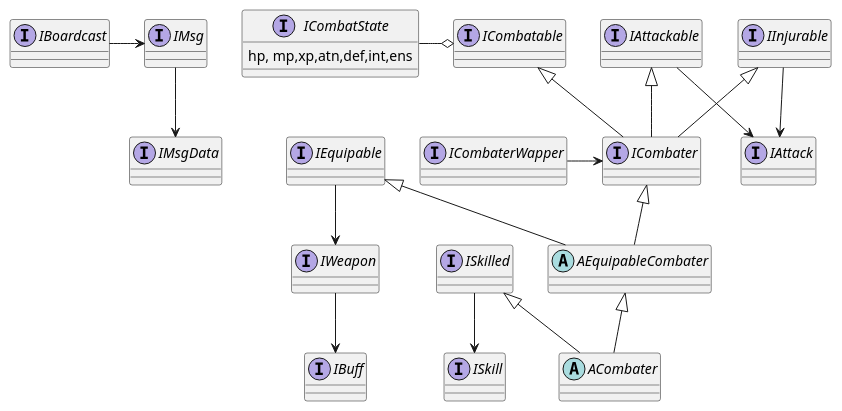
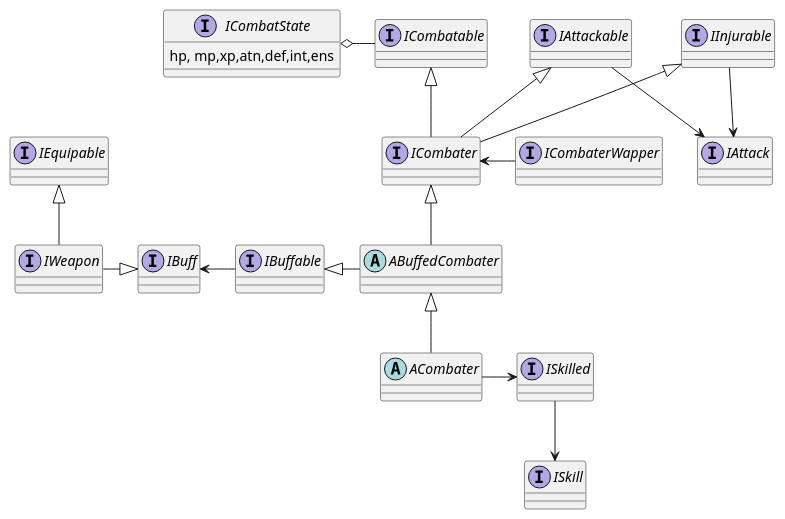
The third of 3 diagrams in org/roam/unity_feat-2024-09-11.org (lyt0628/emacs.d), drawn with PlantUML before and after one commit. The commit also changed other lines of this file and 31 other files, not shown here.

```diff
--- a/org/roam/unity_feat-2024-09-11.org
+++ b/org/roam/unity_feat-2024-09-11.org
@@ -11,52 +50,46 @@
 #+BEGIN_SRC plantuml :file ../tmp/puml-9eea5c8e-6ff8-11ef-a781-04421a00482f.png
 @startuml
-
-interface "IBoardcast" as bc
-interface "IMsg" as msg
-interface "IMsgData" as md
-
-bc -> msg
-msg --> md
 
 
 interface "ICombatable" as cb
 interface "ICombatState" as cs
 cs : hp, mp,xp,atn,def,int,ens
 interface "ICombater" as cbtor
 
 interface "IAttack" as att
 interface "IAttackable" as atk
 interface "IInjurable" as inj
 
+interface "IWeapon" as w
+interface "IEquipable" as eq
 interface "IBuff" as buf
-interface "IWeapon" as w
 interface "ISkill" as k
 
 atk --> att
 inj --> att
 
-cs -o cb
+cs  o- cb
 cb <|-- cbtor
 
 atk <|-- cbtor
 inj <|-- cbtor
 
 
-w --> buf
-
-interface "IEquipable" as eq
 interface "ISkilled" as sk
-eq --> w
+eq <|-- w
 sk --> k
-abstract "AEquipableCombater" as ecbtor
+interface "IBuffable" as buffable
+abstract "ABuffedCombater" as ecbtor
 abstract "ACombater" as acbtor
 
 cbtor <|-- ecbtor
-eq <|-- ecbtor
+buffable <|- ecbtor
 ecbtor <|-- acbtor
-sk <|-- acbtor
+acbtor -> sk
+buf <- buffable
+w -|> buf
 
 interface "ICombaterWapper" as cbw
-cbw -> cbtor
+cbtor <- cbw 
 @enduml
 #+END_SRC
```
